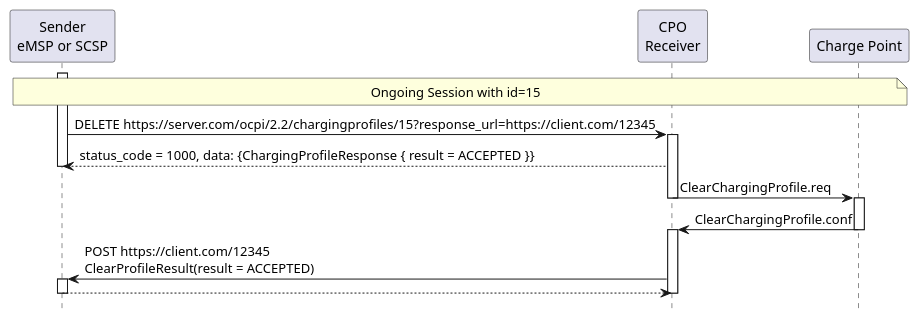
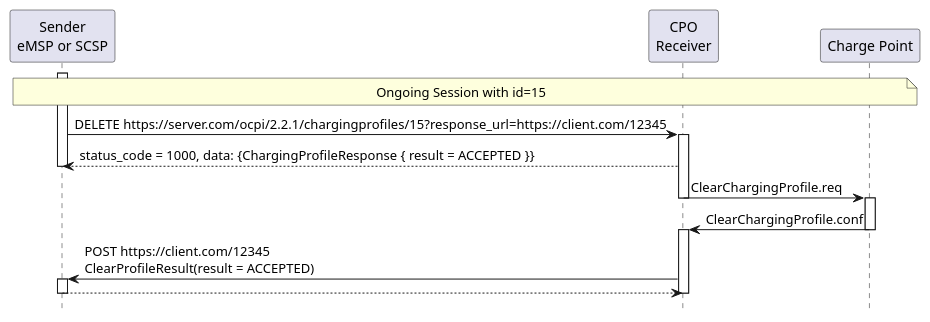
One commit to ocpi/ocpi changed the diagram in plantuml/sd_charging_profile_clear.plantuml. Above: the diagram before and after it, drawn with PlantUML. The commit also changed 13 other files, not shown here.

```diff
--- a/plantuml/sd_charging_profile_clear.plantuml
+++ b/plantuml/sd_charging_profile_clear.plantuml
@@ -1,28 +1,28 @@
 @startuml
 hide footbox
 
 participant "Sender\neMSP or SCSP" as eMSP
 participant "CPO\nReceiver" as CPO
 participant "Charge Point" as CP
 
 NOTE over eMSP, CP: Ongoing Session with id=15
 
 activate eMSP
-eMSP -> CPO: DELETE https:~//server.com/ocpi/2.2/chargingprofiles/15?response_url=https:~//client.com/12345
+eMSP -> CPO: DELETE https:~//server.com/ocpi/2.2.1/chargingprofiles/15?response_url=https:~//client.com/12345
 activate CPO
 CPO  --> eMSP: status_code = 1000, data: {ChargingProfileResponse { result = ACCEPTED }}
 deactivate eMSP
 
 CPO  ->  CP:   ClearChargingProfile.req
 deactivate CPO
 activate CP
 CP   ->  CPO:  ClearChargingProfile.conf
 deactivate CP
 activate CPO
 CPO  ->  eMSP: POST https:~//client.com/12345\nClearProfileResult(result = ACCEPTED)
 activate eMSP
 eMSP --> CPO:
 deactivate CPO
 deactivate eMSP
 
 @enduml
```
